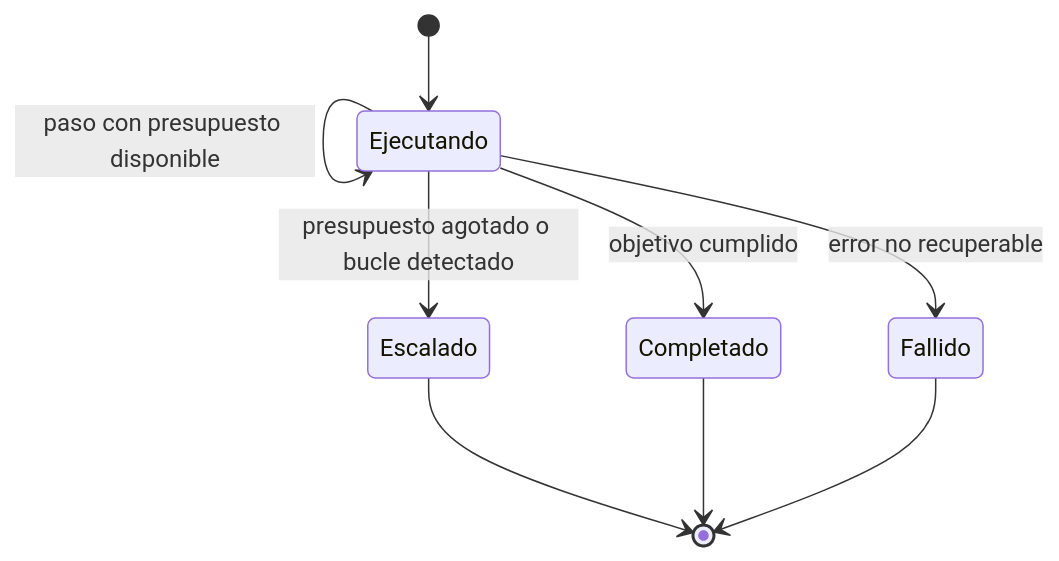
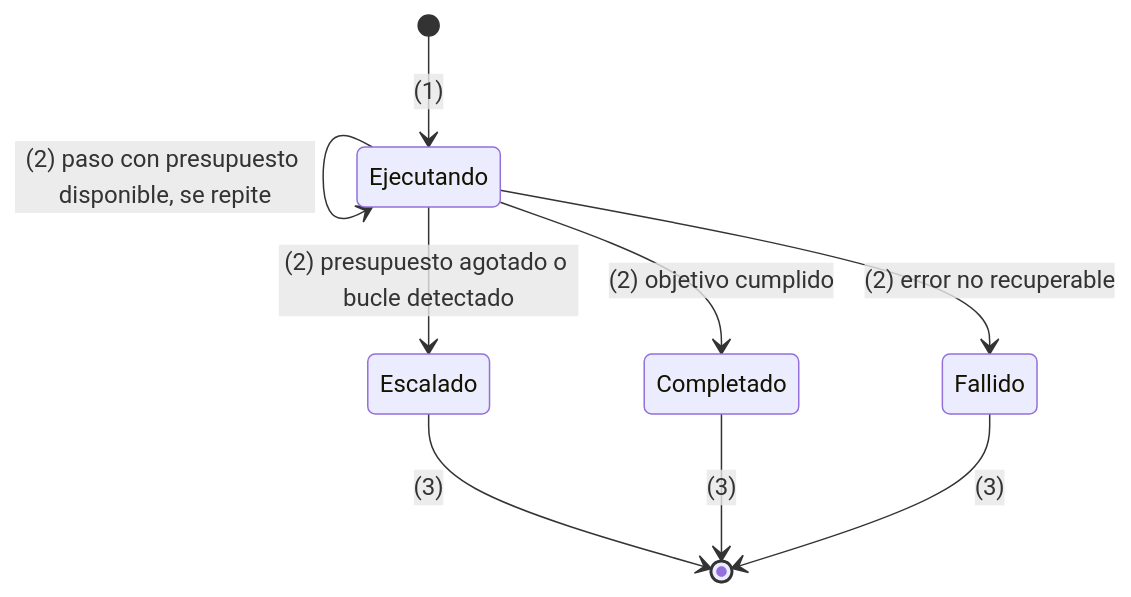
Before and after one commit to whinedo/ai-docs: diagram 12 of 47 in md/Patrones aplicados al desarrollo de agentes.md, drawn with Mermaid. The commit also changed other lines of this file and 12 other files, not shown here.

````diff
--- a/md/Patrones aplicados al desarrollo de agentes.md
+++ b/md/Patrones aplicados al desarrollo de agentes.md
@@ -436,11 +564,11 @@
 ```mermaid
 stateDiagram-v2
-  [*] --> Ejecutando
-  Ejecutando --> Ejecutando: paso con presupuesto disponible
-  Ejecutando --> Completado: objetivo cumplido
-  Ejecutando --> Escalado: presupuesto agotado o bucle detectado
-  Ejecutando --> Fallido: error no recuperable
-  Escalado --> [*]
-  Completado --> [*]
-  Fallido --> [*]
+  [*] --> Ejecutando: (1)
+  Ejecutando --> Ejecutando: (2) paso con presupuesto disponible, se repite
+  Ejecutando --> Completado: (2) objetivo cumplido
+  Ejecutando --> Escalado: (2) presupuesto agotado o bucle detectado
+  Ejecutando --> Fallido: (2) error no recuperable
+  Escalado --> [*]: (3)
+  Completado --> [*]: (3)
+  Fallido --> [*]: (3)
 ```
````
